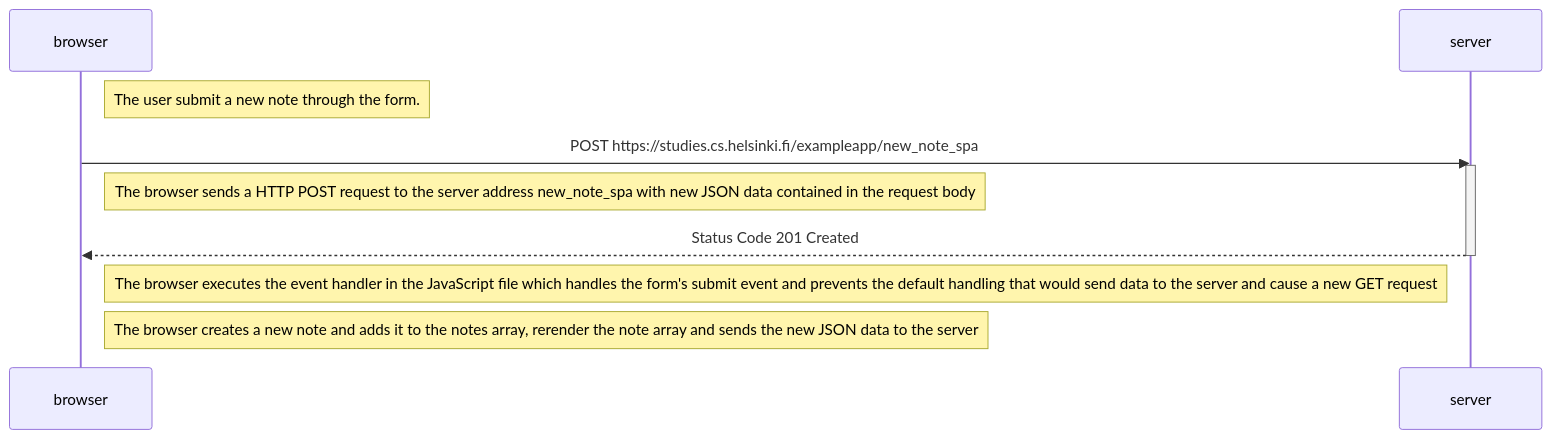
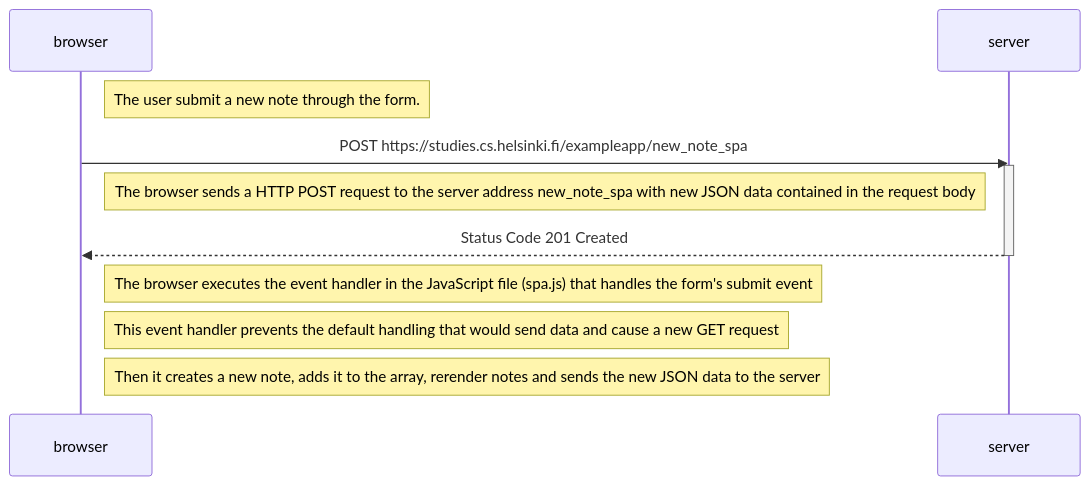
One commit to XXChen914/Part0 changed the diagram in 0.6-new-note-in-single-page-app-diagra.md. Above: the diagram before and after it, drawn with Mermaid.

````diff
--- a/0.6-new-note-in-single-page-app-diagra.md
+++ b/0.6-new-note-in-single-page-app-diagra.md
@@ -1,19 +1,19 @@
 ```mermaid
 sequenceDiagram
     participant browser
     participant server
 
     Note right of browser: The user submit a new note through the form.
 
     browser->>server: POST https://studies.cs.helsinki.fi/exampleapp/new_note_spa
     activate server
 
     Note right of browser: The browser sends a HTTP POST request to the server address new_note_spa with new JSON data contained in the request body
 
     server-->>browser: Status Code 201 Created 
     deactivate server
 
-    Note right of browser: The browser executes the event handler in the JavaScript file which handles the form's submit event and prevents the default handling that would send data to the server and cause a new GET request
-     
-    Note right of browser: The browser creates a new note and adds it to the notes array, rerender the note array and sends the new JSON data to the server
+    Note right of browser: The browser executes the event handler in the JavaScript file (spa.js) that handles the form's submit event
+    Note right of browser: This event handler prevents the default handling that would send data and cause a new GET request  
+    Note right of browser: Then it creates a new note, adds it to the array, rerender notes and sends the new JSON data to the server
 ```
````
